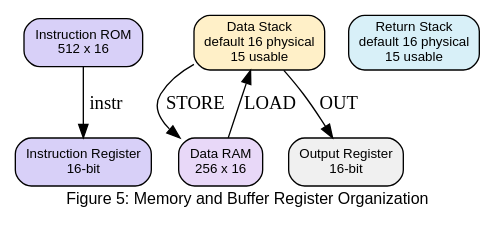
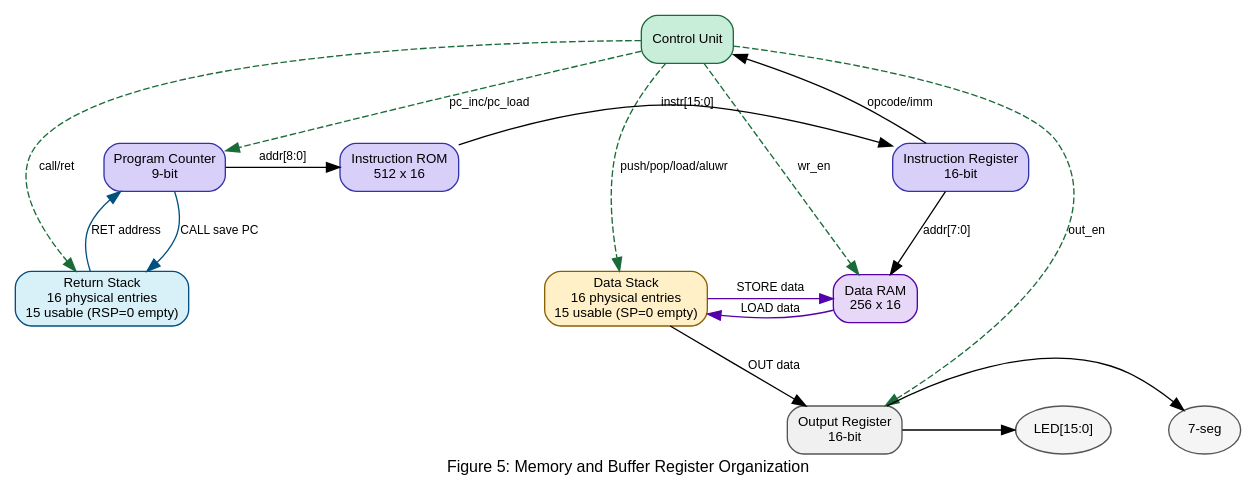
Before and after one commit to Faruk982/stack_cpu: the fifth of 5 diagrams in report.md, drawn with Graphviz. The commit also changed other lines of this file, not shown here.

Commit message:
updated project report

````diff
--- a/report.md
+++ b/report.md
@@ -340,18 +358,45 @@
 ```graphviz
 digraph memory_org {
-    graph [rankdir=TB, label="Figure 5: Memory and Buffer Register Organization", labelloc=b, fontname="Arial", fontsize=12]
-    node [shape=box, style="filled,rounded", fontname="Arial", fontsize=10]
+    graph [rankdir=TB, label="Figure 5: Memory and Buffer Register Organization", labelloc=b, fontname="Arial", fontsize=12, nodesep=0.6, ranksep=0.7]
+    node  [shape=box, style="filled,rounded", fontname="Arial", fontsize=10]
+    edge  [fontname="Arial", fontsize=9]
 
-    ROM  [label="Instruction ROM\n512 x 16", fillcolor="#d8d0f8"]
-    IR   [label="Instruction Register\n16-bit", fillcolor="#d8d0f8"]
-    STK  [label="Data Stack\ndefault 16 physical\n15 usable", fillcolor="#fff0c8"]
-    RAM  [label="Data RAM\n256 x 16", fillcolor="#e8d8f8"]
-    RSTK [label="Return Stack\ndefault 16 physical\n15 usable", fillcolor="#d8f0f8"]
-    OUT  [label="Output Register\n16-bit", fillcolor="#f0f0f0"]
+    CU   [label="Control Unit", fillcolor="#c8edd8", color="#1a6b3a"]
+    PC   [label="Program Counter\n9-bit", fillcolor="#d8d0f8", color="#3333AA"]
+    ROM  [label="Instruction ROM\n512 x 16", fillcolor="#d8d0f8", color="#3333AA"]
+    IR   [label="Instruction Register\n16-bit", fillcolor="#d8d0f8", color="#3333AA"]
 
-    ROM -> IR [label="instr"]
-    RAM -> STK [label="LOAD"]
-    STK -> RAM [label="STORE"]
-    STK -> OUT [label="OUT"]
+    STK  [label="Data Stack\n16 physical entries\n15 usable (SP=0 empty)", fillcolor="#fff0c8", color="#8B6000"]
+    RAM  [label="Data RAM\n256 x 16", fillcolor="#e8d8f8", color="#5500AA"]
+    RSTK [label="Return Stack\n16 physical entries\n15 usable (RSP=0 empty)", fillcolor="#d8f0f8", color="#005080"]
+
+    OUT  [label="Output Register\n16-bit", fillcolor="#f0f0f0", color="#555555"]
+    LED  [label="LED[15:0]", shape=ellipse, fillcolor="#f5f5f5", color="#555555"]
+    SEG  [label="7-seg", shape=ellipse, fillcolor="#f5f5f5", color="#555555"]
+
+    PC  -> ROM  [label="addr[8:0]"]
+    ROM -> IR   [label="instr[15:0]"]
+    IR  -> CU   [label="opcode/imm"]
+
+    CU  -> PC   [label="pc_inc/pc_load", style=dashed, color="#1a6b3a"]
+    CU  -> STK  [label="push/pop/load/aluwr", style=dashed, color="#1a6b3a"]
+    CU  -> RAM  [label="wr_en", style=dashed, color="#1a6b3a"]
+    CU  -> RSTK [label="call/ret", style=dashed, color="#1a6b3a"]
+    CU  -> OUT  [label="out_en", style=dashed, color="#1a6b3a"]
+
+    IR  -> RAM  [label="addr[7:0]"]
+    STK -> RAM  [label="STORE data", color="#5500AA"]
+    RAM -> STK  [label="LOAD data", color="#5500AA"]
+
+    PC   -> RSTK [label="CALL save PC", color="#005080"]
+    RSTK -> PC   [label="RET address", color="#005080"]
+
+    STK -> OUT [label="OUT data"]
+    OUT -> LED
+    OUT -> SEG
+
+    { rank=same; PC; ROM; IR }
+    { rank=same; STK; RAM; RSTK }
+    { rank=same; OUT; LED; SEG }
 }
 ```
````
